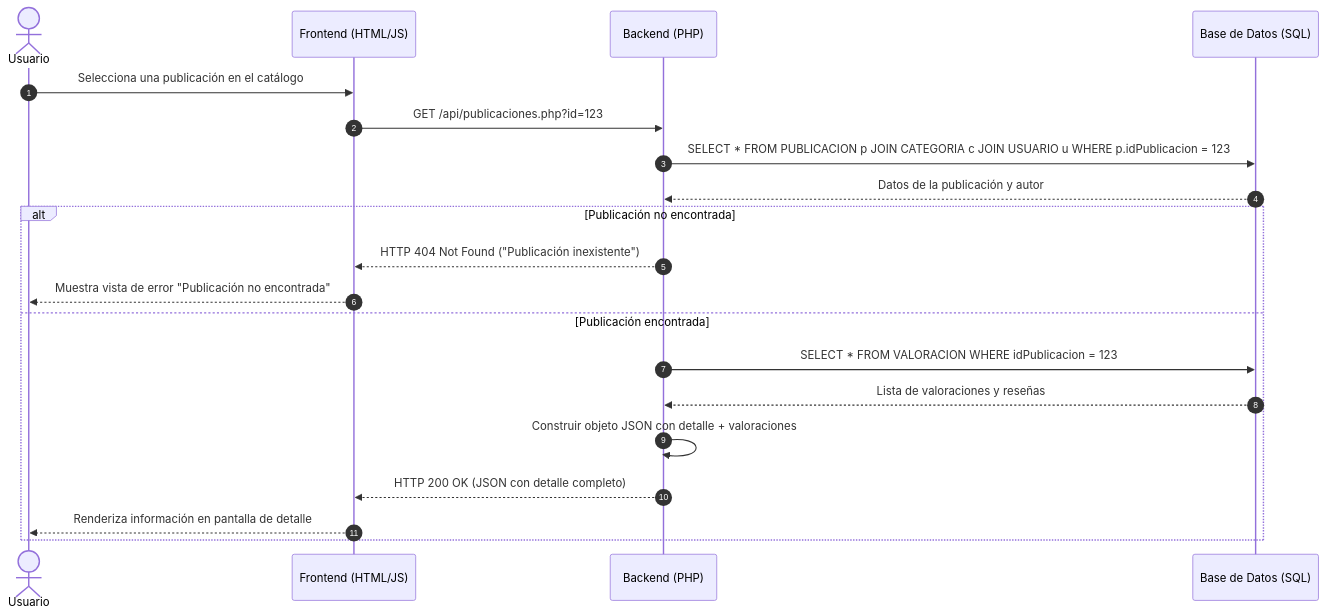
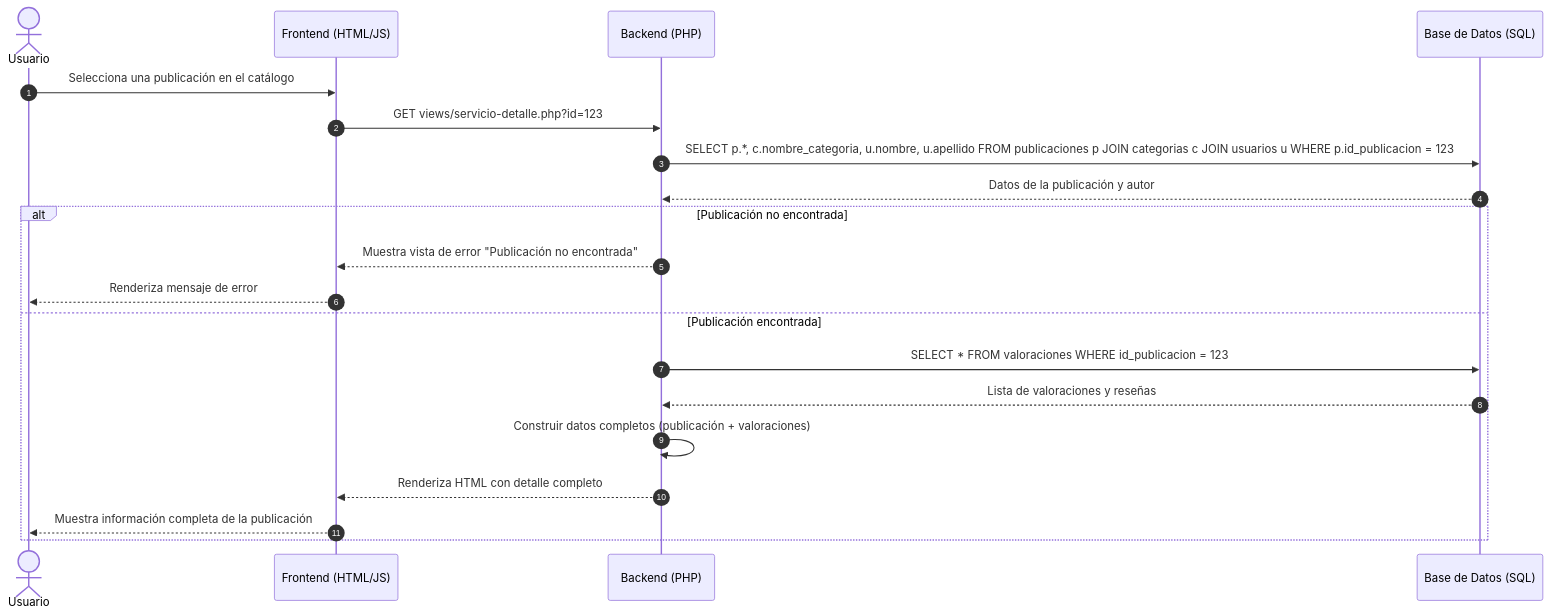
One commit to Matiuz06/Proyecto_TIS_Classia changed the third of 7 diagrams in docs/diagramas_de_secuencia_classia.md. Above: the diagram before and after it, drawn with Mermaid. The commit also changed other lines of this file and 8 other files, not shown here.

````diff
--- a/docs/diagramas_de_secuencia_classia.md
+++ b/docs/diagramas_de_secuencia_classia.md
@@ -82,26 +106,26 @@
 ```mermaid
 sequenceDiagram
     autonumber
     actor usuario as Usuario
     participant frontend as Frontend (HTML/JS)
     participant backend as Backend (PHP)
     participant db as Base de Datos (SQL)
 
     usuario ->> frontend: Selecciona una publicación en el catálogo
-    frontend ->> backend: GET /api/publicaciones.php?id=123
+    frontend ->> backend: GET views/servicio-detalle.php?id=123
     
-    backend ->> db: SELECT * FROM PUBLICACION p JOIN CATEGORIA c JOIN USUARIO u WHERE p.idPublicacion = 123
+    backend ->> db: SELECT p.*, c.nombre_categoria, u.nombre, u.apellido FROM publicaciones p JOIN categorias c JOIN usuarios u WHERE p.id_publicacion = 123
     db -->> backend: Datos de la publicación y autor
     
     alt Publicación no encontrada
-        backend -->> frontend: HTTP 404 Not Found ("Publicación inexistente")
-        frontend -->> usuario: Muestra vista de error "Publicación no encontrada"
+        backend -->> frontend: Muestra vista de error "Publicación no encontrada"
+        frontend -->> usuario: Renderiza mensaje de error
     else Publicación encontrada
-        backend ->> db: SELECT * FROM VALORACION WHERE idPublicacion = 123
+        backend ->> db: SELECT * FROM valoraciones WHERE id_publicacion = 123
         db -->> backend: Lista de valoraciones y reseñas
         
-        backend ->> backend: Construir objeto JSON con detalle + valoraciones
-        backend -->> frontend: HTTP 200 OK (JSON con detalle completo)
-        frontend -->> usuario: Renderiza información en pantalla de detalle
+        backend ->> backend: Construir datos completos (publicación + valoraciones)
+        backend -->> frontend: Renderiza HTML con detalle completo
+        frontend -->> usuario: Muestra información completa de la publicación
     end
 ```
````
